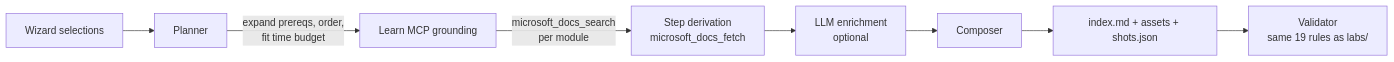
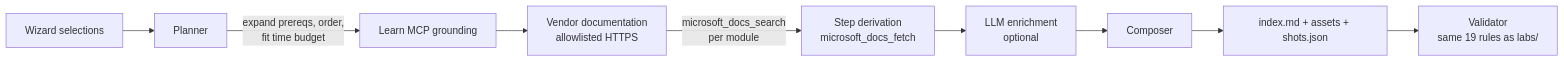
One commit to russrimm/CopilotStudioLabs changed the diagram in docs/lab-builder.md. Above: the diagram before and after it, drawn with Mermaid. The commit also changed other lines of this file and 13 other files, not shown here.

First line of the commit message:
Lab builder: ground features on allowlisted vendor documentation

````diff
--- a/docs/lab-builder.md
+++ b/docs/lab-builder.md
@@ -168,10 +171,11 @@
 ```mermaid
 flowchart LR
   A[Wizard selections] --> B[Planner]
   B -->|expand prereqs, order,<br/>fit time budget| C[Learn MCP grounding]
-  C -->|microsoft_docs_search<br/>per module| S[Step derivation<br/>microsoft_docs_fetch]
+  C --> V[Vendor documentation<br/>allowlisted HTTPS]
+  V -->|microsoft_docs_search<br/>per module| S[Step derivation<br/>microsoft_docs_fetch]
   S --> D[LLM enrichment<br/>optional]
   D --> E[Composer]
   E --> F[index.md + assets + shots.json]
   F --> G[Validator<br/>same 19 rules as labs/]
 ```
````
